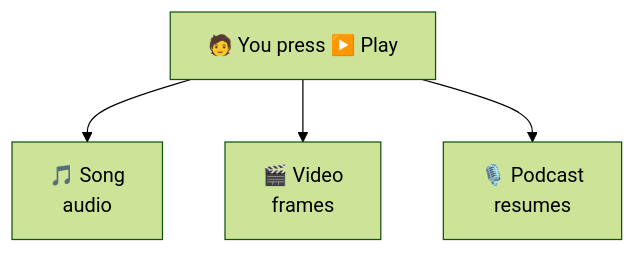
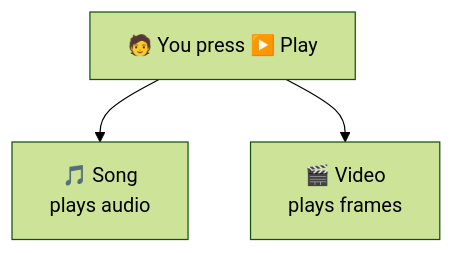
One commit to Akus0ni/LowLevelDesignGuide changed the diagram in content/oop-solid/polymorphism/lesson.md. Above: the diagram before and after it, drawn with Mermaid (forest theme). The commit also changed 7 other files, not shown here.

````diff
--- a/content/oop-solid/polymorphism/lesson.md
+++ b/content/oop-solid/polymorphism/lesson.md
@@ -16,6 +16,5 @@
 ```mermaid
 flowchart TD
-    you["🧑 You press ▶️ Play"] --> song["🎵 Song<br/>audio"]
-    you --> video["🎬 Video<br/>frames"]
-    you --> podcast["🎙️ Podcast<br/>resumes"]
+    you["🧑 You press ▶️ Play"] --> song["🎵 Song<br/>plays audio"]
+    you --> video["🎬 Video<br/>plays frames"]
 ```
````
